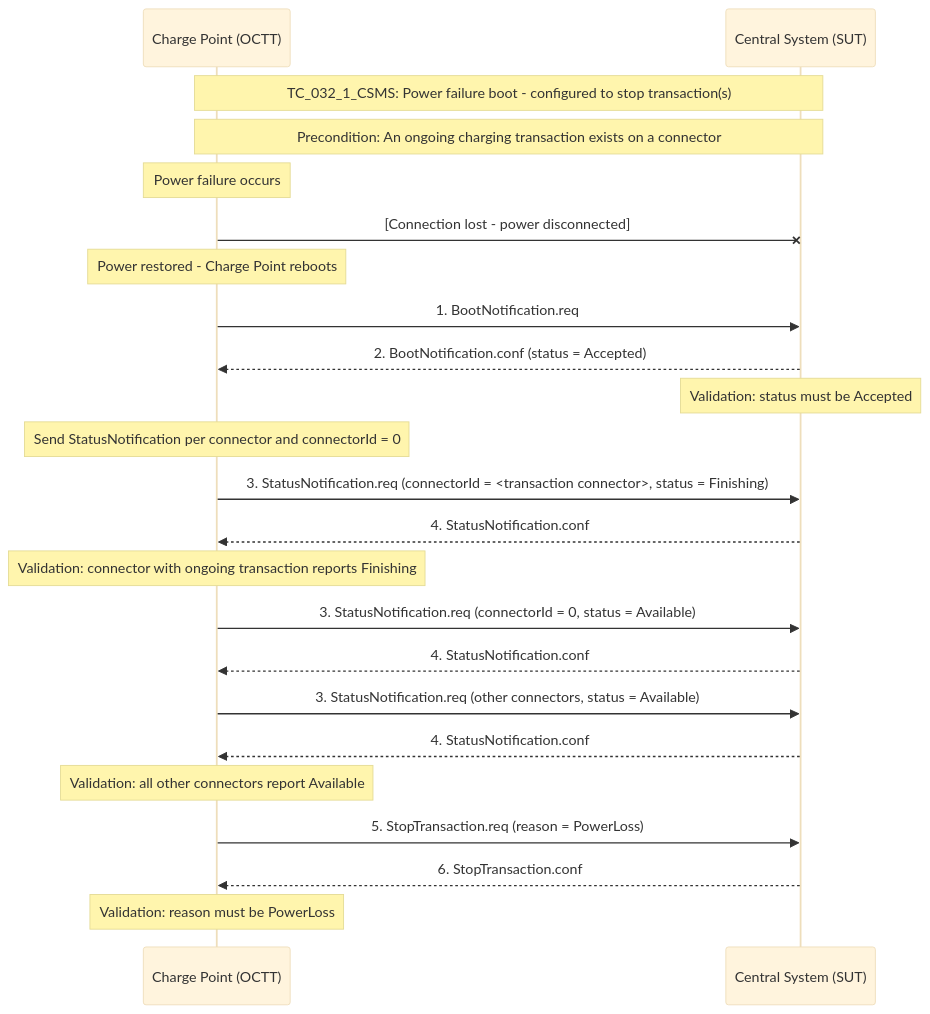
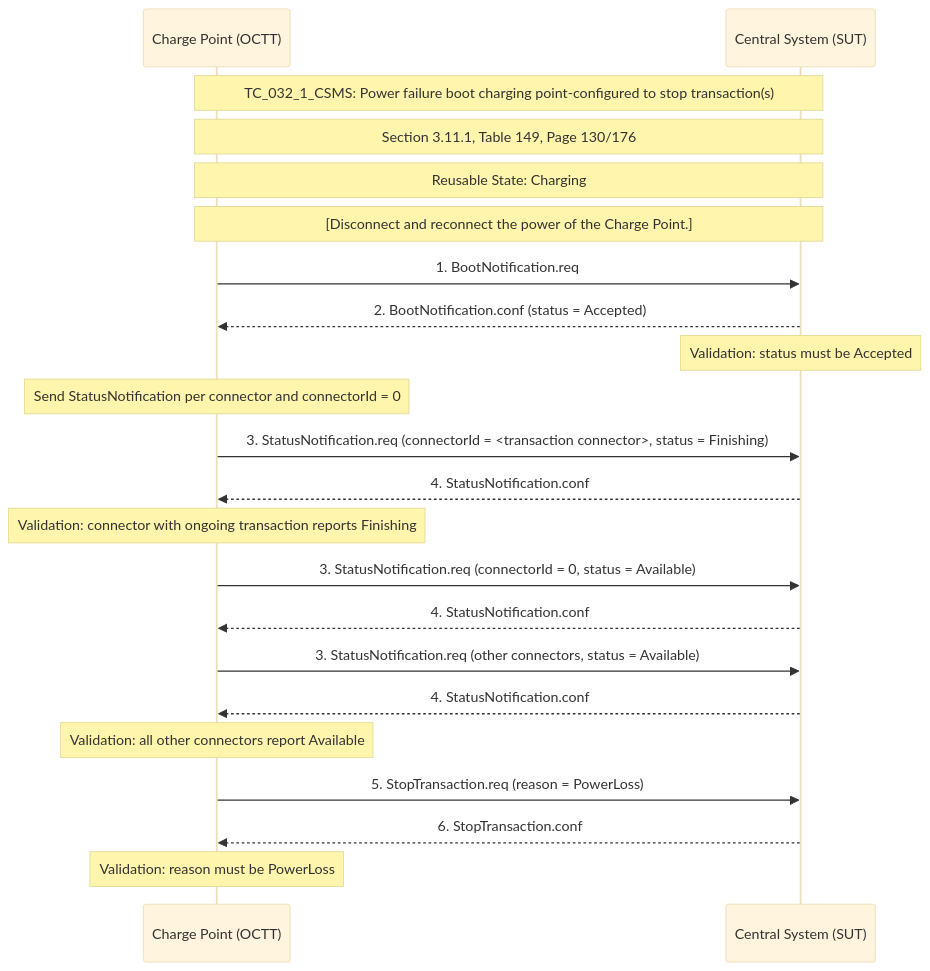
Before and after one commit to tzi-app/tzi-OCTT: the diagram in 1.6/test_tc_032_1_csms.mermaid, drawn with Mermaid (base theme). The commit also changed 173 other files, not shown here.

```diff
--- a/1.6/test_tc_032_1_csms.mermaid
+++ b/1.6/test_tc_032_1_csms.mermaid
@@ -1,31 +1,30 @@
 sequenceDiagram
     participant CP as Charge Point (OCTT)
     participant CS as Central System (SUT)
 
-    Note over CP,CS: TC_032_1_CSMS: Power failure boot - configured to stop transaction(s)
-    Note over CP,CS: Precondition: An ongoing charging transaction exists on a connector
+    Note over CP,CS: TC_032_1_CSMS: Power failure boot charging point-configured to stop transaction(s)
+    Note over CP,CS: Section 3.11.1, Table 149, Page 130/176
+    Note over CP,CS: Reusable State: Charging
 
-    Note over CP: Power failure occurs
-    CP-xCS: [Connection lost - power disconnected]
-    Note over CP: Power restored - Charge Point reboots
+    Note over CP,CS: [Disconnect and reconnect the power of the Charge Point.]
 
     CP->>CS: 1. BootNotification.req
     CS-->>CP: 2. BootNotification.conf (status = Accepted)
     Note over CS: Validation: status must be Accepted
 
     Note over CP: Send StatusNotification per connector and connectorId = 0
 
     CP->>CS: 3. StatusNotification.req (connectorId = <transaction connector>, status = Finishing)
     CS-->>CP: 4. StatusNotification.conf
     Note over CP: Validation: connector with ongoing transaction reports Finishing
 
     CP->>CS: 3. StatusNotification.req (connectorId = 0, status = Available)
     CS-->>CP: 4. StatusNotification.conf
 
     CP->>CS: 3. StatusNotification.req (other connectors, status = Available)
     CS-->>CP: 4. StatusNotification.conf
     Note over CP: Validation: all other connectors report Available
 
     CP->>CS: 5. StopTransaction.req (reason = PowerLoss)
     CS-->>CP: 6. StopTransaction.conf
     Note over CP: Validation: reason must be PowerLoss
```
